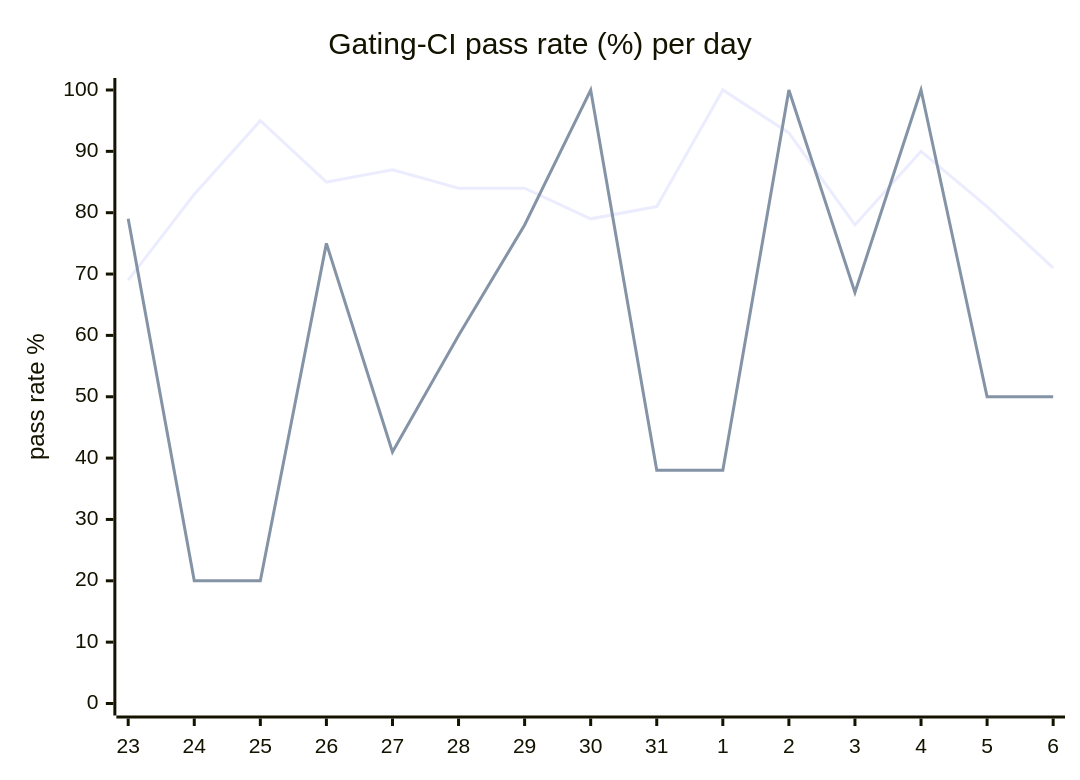
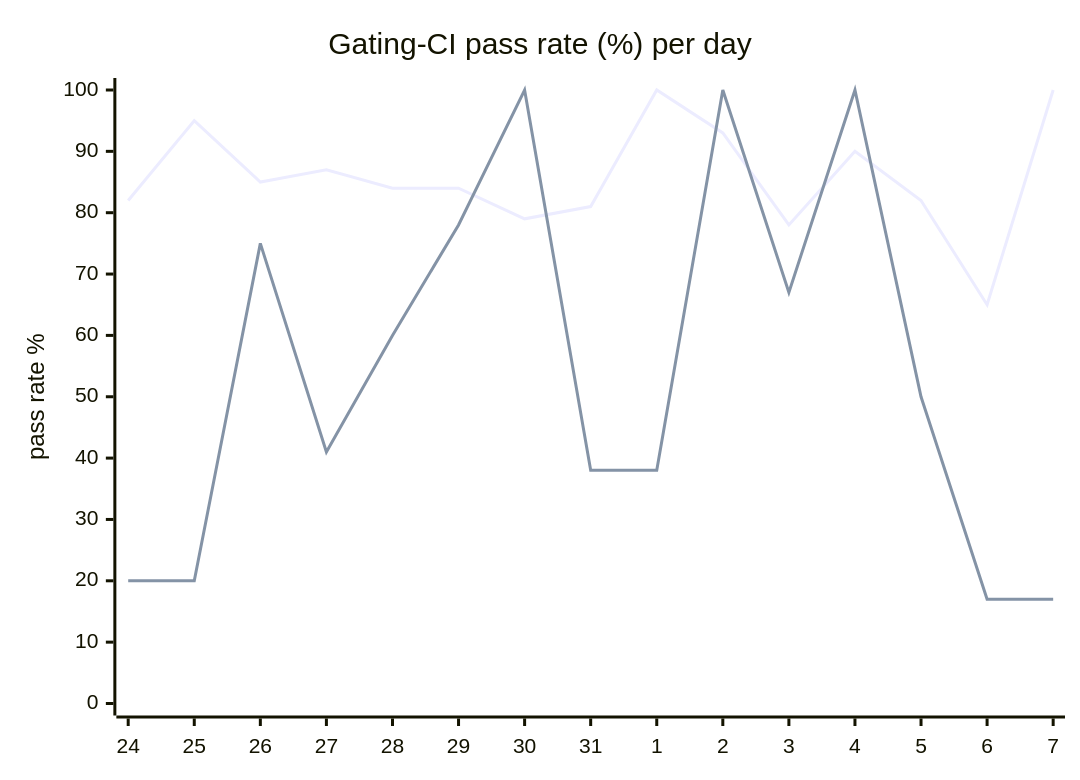
The diagram in hack/ci/ci-dashboard/staging/issue.md (hatchet-dev/hatchet), drawn with Mermaid before and after one commit. The commit also changed other lines of this file, not shown here.

````diff
--- a/hack/ci/ci-dashboard/staging/issue.md
+++ b/hack/ci/ci-dashboard/staging/issue.md
@@ -9,8 +9,8 @@
 ```mermaid
 xychart-beta
   title "Gating-CI pass rate (%) per day"
-  x-axis [23, 24, 25, 26, 27, 28, 29, 30, 31, 1, 2, 3, 4, 5, 6]
+  x-axis [24, 25, 26, 27, 28, 29, 30, 31, 1, 2, 3, 4, 5, 6, 7]
   y-axis "pass rate %" 0 --> 100
-  line "CI" [69, 83, 95, 85, 87, 84, 84, 79, 81, 100, 93, 78, 90, 81, 71]
-  line "main" [79, 20, 20, 75, 41, 60, 78, 100, 38, 38, 100, 67, 100, 50, 50]
+  line "CI" [82, 95, 85, 87, 84, 84, 79, 81, 100, 93, 78, 90, 82, 65, 100]
+  line "main" [20, 20, 75, 41, 60, 78, 100, 38, 38, 100, 67, 100, 50, 17, 17]
 ```
````
